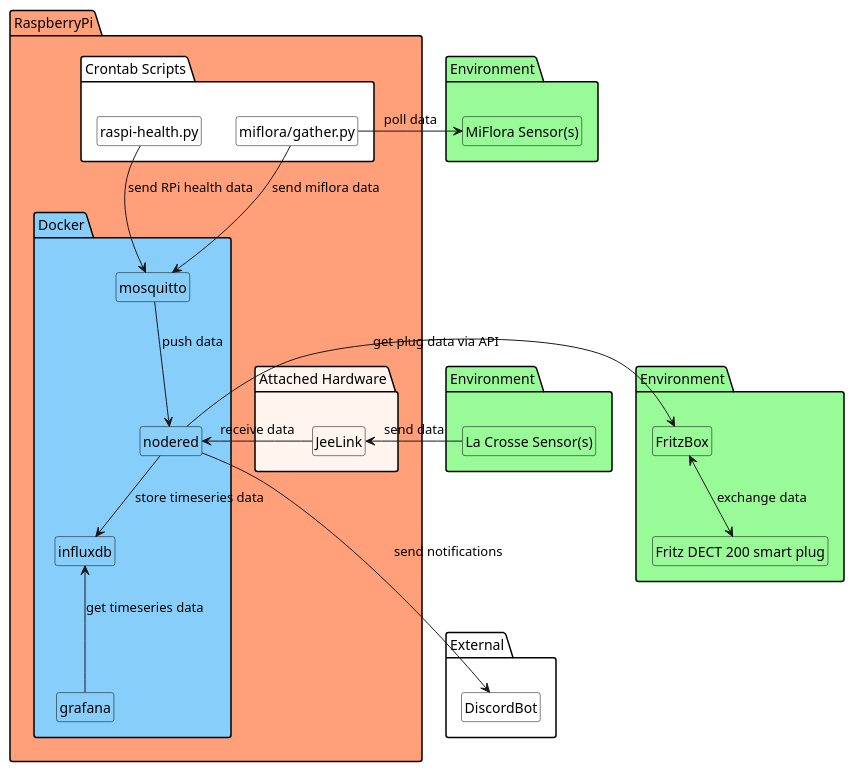
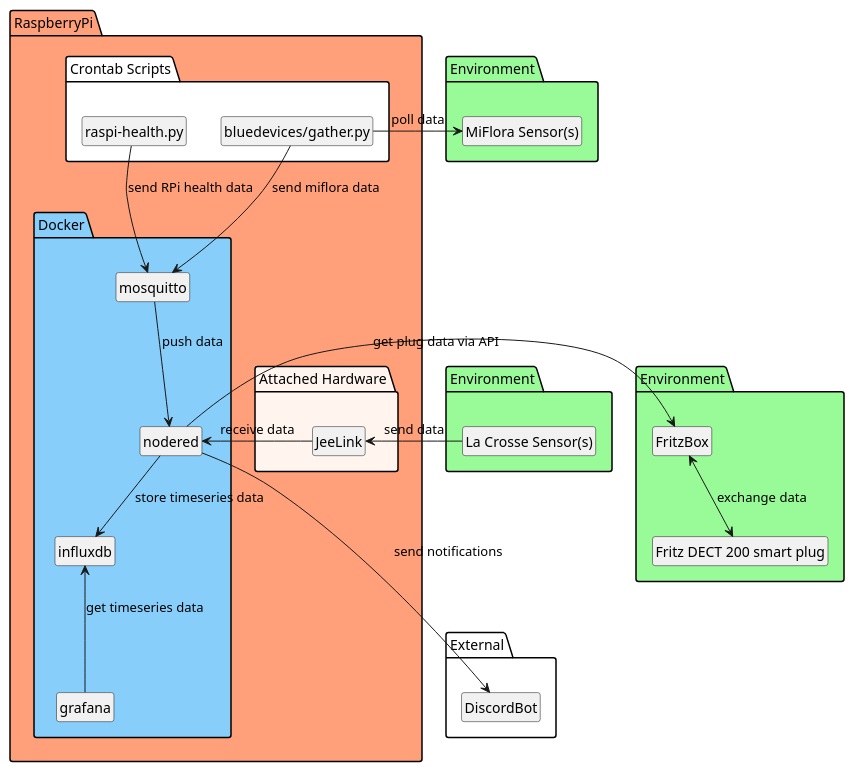
Before and after one commit to dArignac/smarthome: the diagram in overview.puml, drawn with PlantUML. The commit also changed 7 other files, not shown here.

```diff
--- a/overview.puml
+++ b/overview.puml
@@ -1,74 +1,69 @@
 @startuml
 skinparam shadowing false
 
 skinparam package {
   BackgroundColor white
   BorderColor black
   FontStyle italic bold
 
   BackgroundColor<<Environment>> PaleGreen
   BackgroundColor<<RaspberryPi>> LightSalmon
   BackgroundColor<<Hardware>> SeaShell
   BackgroundColor<<Docker>> LightSkyBlue
-}
-
-skinparam class {
-  BackgroundColor none
-  BorderColor Black
 }
 
 hide members
 hide circle
 hide stereotype
 
 package "Environment" as E1 <<Environment>> {
   class "La Crosse Sensor(s)" as sensorLacrosse
 }
 
 package "Environment" as E2 <<Environment>> {
   class "MiFlora Sensor(s)" as sensorMiflora
 }
 
 package "Environment" as E3 <<Environment>> {
   class "FritzBox" as fritzBox
   class "Fritz DECT 200 smart plug" as fritzPlug
   fritzPlug <-up-> fritzBox: exchange data
 }
 
 package RaspberryPi <<RaspberryPi>> {
   package "Attached Hardware" <<Hardware>> {
     class "JeeLink" as jeelink
   }
 
   package Docker <<Docker>> {
     class nodered
     class grafana
     class influxdb
     class mosquitto
 
     mosquitto -down-> nodered: push data
     nodered -down-> influxdb: store timeseries data
     grafana -up-> influxdb: get timeseries data
   }
 
   package "Crontab Scripts" {
     class "raspi-health.py" as scriptRaspiHealth
-    class "miflora/gather.py" as scriptMiflora
+    class "bluedevices/gather.py" as scriptBlue
 
-    scriptRaspiHealth -right[hidden]-> scriptMiflora
+    scriptRaspiHealth -right[hidden]-> scriptBlue
   }
 
   scriptRaspiHealth -down-> mosquitto: send RPi health data
 }
 
 package "External" as Ex {
   class "DiscordBot" as discord
 }
 
 sensorLacrosse -left-> jeelink: send data
 jeelink -left-> nodered : receive data
-scriptMiflora -right-> sensorMiflora: poll data
-scriptMiflora -down-> mosquitto: send miflora data
+scriptBlue-right-> sensorMiflora: poll data
+scriptBlue -down-> mosquitto: send miflora data
 nodered -down--> discord: send notifications
-nodered -left-> fritzBox: get plug data via API
+nodered -right-> fritzBox: get plug data via API
 @enduml
```
